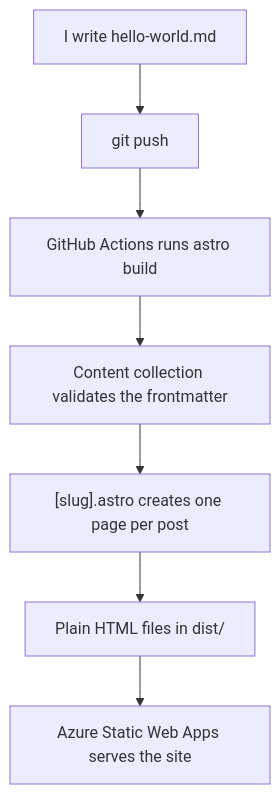
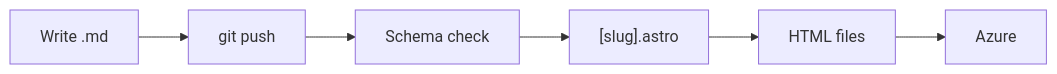
Before and after one commit to ishnetcode/blog: the diagram in src/content/blog/markdown-to-webpage.md, drawn with Mermaid. The commit also changed other lines of this file, not shown here.

Commit message:
Modified md to include diagrams

````diff
--- a/src/content/blog/markdown-to-webpage.md
+++ b/src/content/blog/markdown-to-webpage.md
@@ -29,9 +29,4 @@
 ```mermaid
-flowchart TD
-  A["I write hello-world.md"] --> B["git push"]
-  B --> C["GitHub Actions runs astro build"]
-  C --> D["Content collection validates the frontmatter"]
-  D --> E["[slug].astro creates one page per post"]
-  E --> F["Plain HTML files in dist/"]
-  F --> G["Azure Static Web Apps serves the site"]
+flowchart LR
+  A["Write .md"] --> B["git push"] --> C["Schema check"] --> D["[slug].astro"] --> E["HTML files"] --> F["Azure"]
 ```
````
